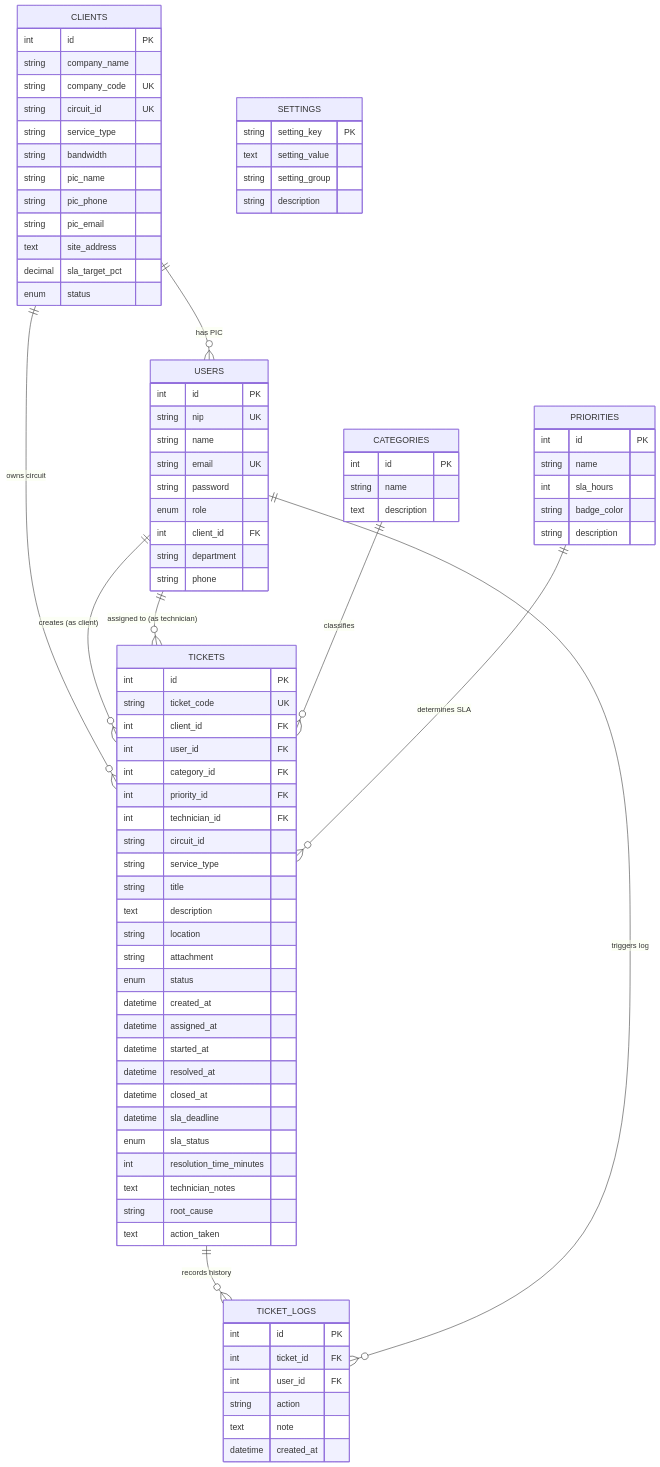
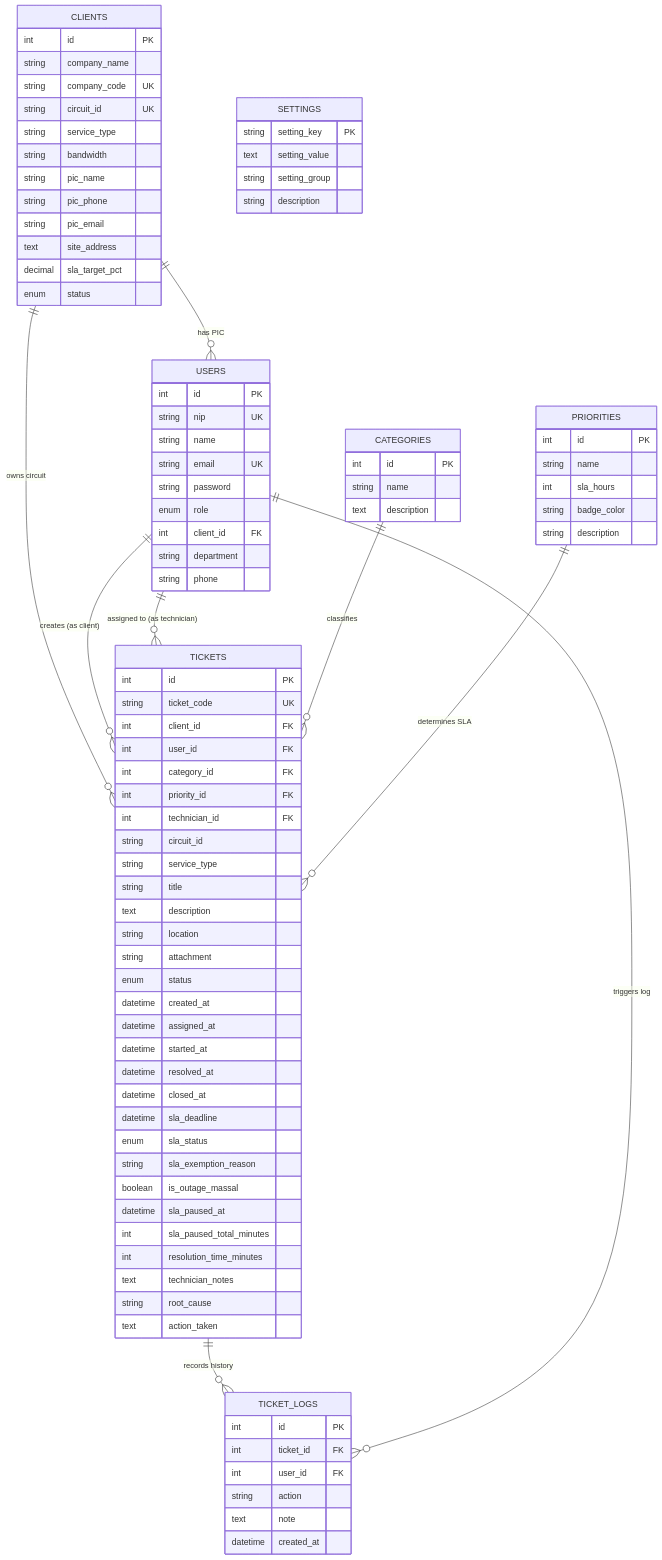
The third of 3 diagrams in MATERI_LAPORAN_KKP.md (lucky-ne/network-trouble-ticketing), drawn with Mermaid before and after one commit. The commit also changed other lines of this file and 22 other files, not shown here.

```diff
--- a/MATERI_LAPORAN_KKP.md
+++ b/MATERI_LAPORAN_KKP.md
@@ -331,6 +331,10 @@
         datetime closed_at
         datetime sla_deadline
         enum sla_status
+        string sla_exemption_reason
+        boolean is_outage_massal
+        datetime sla_paused_at
+        int sla_paused_total_minutes
         int resolution_time_minutes
         text technician_notes
         string root_cause
```
